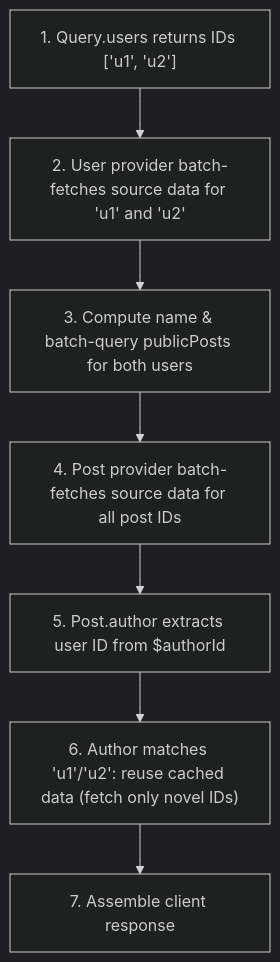
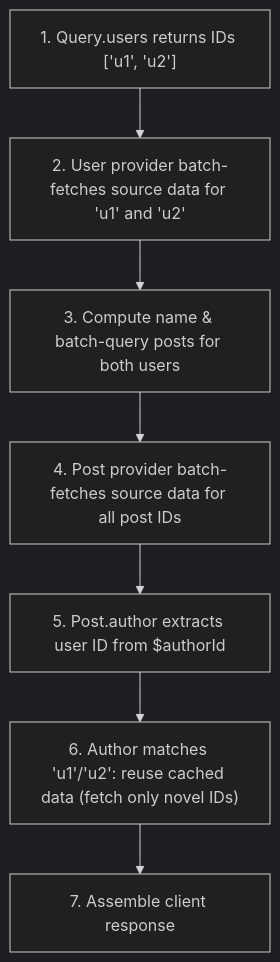
One commit to zeltjs/zelt changed the third of 3 diagrams in website/docs/graphql.md. Above: the diagram before and after it, drawn with Mermaid (dark theme). The commit also changed other lines of this file and 8 other files, not shown here.

First line of the commit message:
fix(graphql): resolve fields declared in model types

````diff
--- a/website/docs/graphql.md
+++ b/website/docs/graphql.md
@@ -292,12 +273,12 @@
 ```mermaid
 flowchart TD
     Q["1. Query.users returns IDs ['u1', 'u2']"]
     M1["2. User provider batch-fetches source data for 'u1' and 'u2'"]
-    F1["3. Compute name & batch-query publicPosts for both users"]
+    F1["3. Compute name & batch-query posts for both users"]
     M2["4. Post provider batch-fetches source data for all post IDs"]
     R["5. Post.author extracts user ID from $authorId"]
     Reuse["6. Author matches 'u1'/'u2': reuse cached data (fetch only novel IDs)"]
     Resp["7. Assemble client response"]
 
     Q --> M1 --> F1 --> M2 --> R --> Reuse --> Resp
 ```
````
